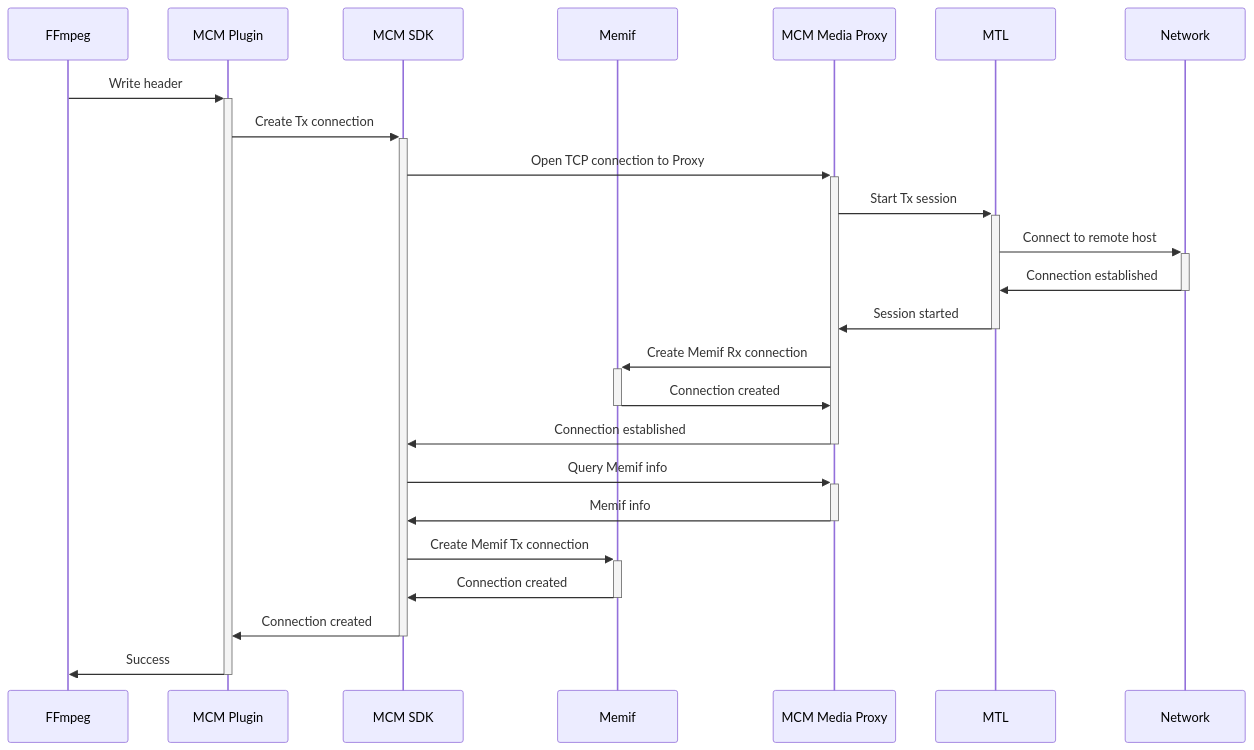
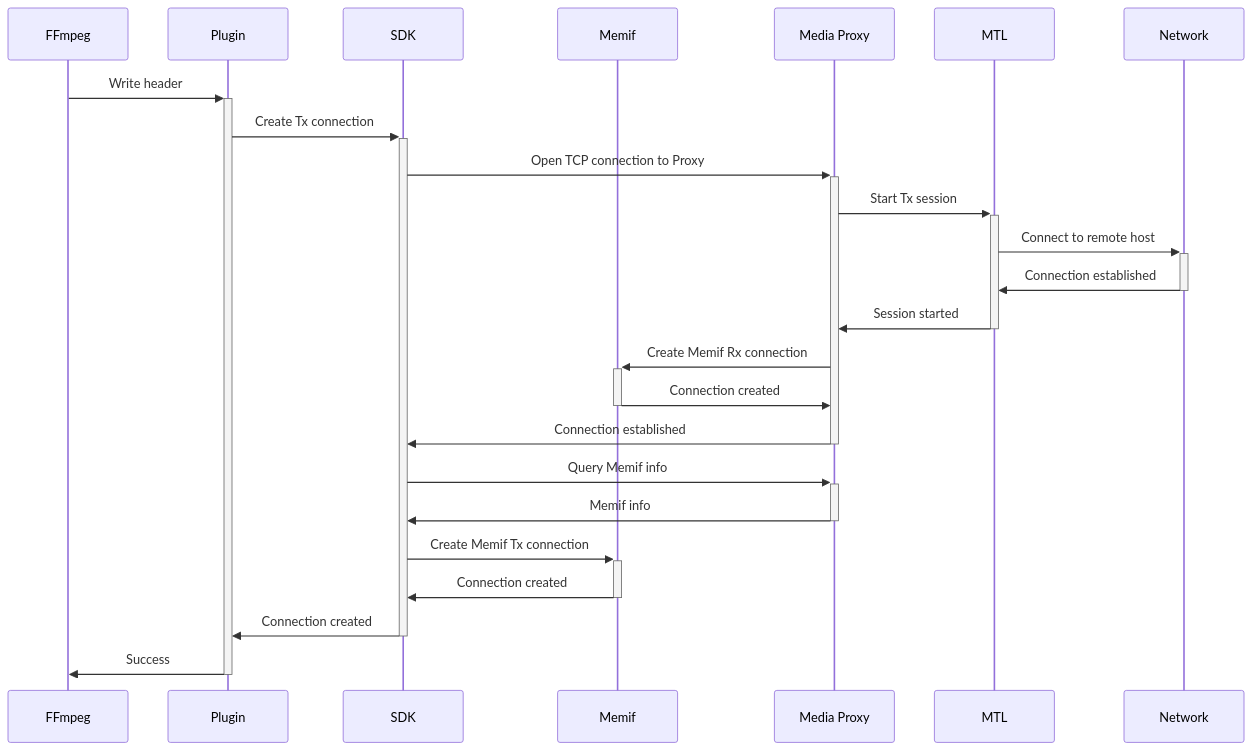
One commit to OpenVisualCloud/Media-Communications-Mesh changed the second of 4 diagrams in ffmpeg-plugin/TX_FLOW.md. Above: the diagram before and after it, drawn with Mermaid. The commit also changed other lines of this file and 10 other files, not shown here.

````diff
--- a/ffmpeg-plugin/TX_FLOW.md
+++ b/ffmpeg-plugin/TX_FLOW.md
@@ -23,29 +23,29 @@
 ```mermaid
 sequenceDiagram
    participant ffmpeg as FFmpeg
-   participant mux as MCM Plugin
-   participant sdk as MCM SDK
+   participant mux as Plugin
+   participant sdk as SDK
    participant memif as Memif
-   participant proxy as MCM Media Proxy
+   participant proxy as Media Proxy
    participant mtl as MTL
    participant network as Network
 
    ffmpeg ->>+ mux: Write header
    mux ->>+ sdk: Create Tx connection
    sdk ->>+ proxy: Open TCP connection to Proxy
    proxy ->>+ mtl: Start Tx session
    mtl ->>+ network: Connect to remote host
    network ->>- mtl: Connection established
    mtl ->>- proxy: Session started
    proxy ->>+ memif: Create Memif Rx connection
    memif ->>- proxy: Connection created
    proxy ->>- sdk: Connection established
 
    sdk ->>+ proxy: Query Memif info
    proxy ->>- sdk: Memif info
 
    sdk ->>+ memif: Create Memif Tx connection
    memif ->>- sdk: Connection created
    sdk ->>- mux: Connection created
    mux ->>- ffmpeg: Success
 ```
````
